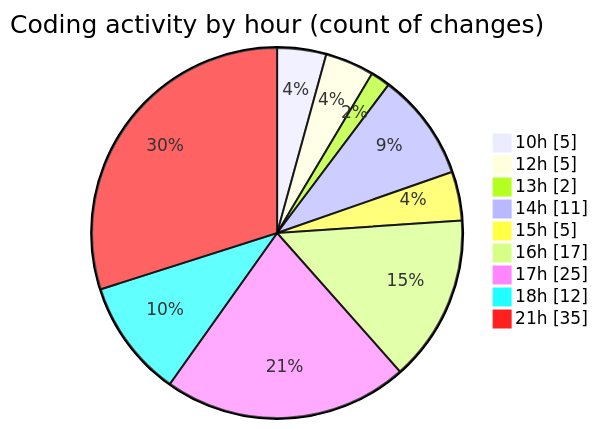
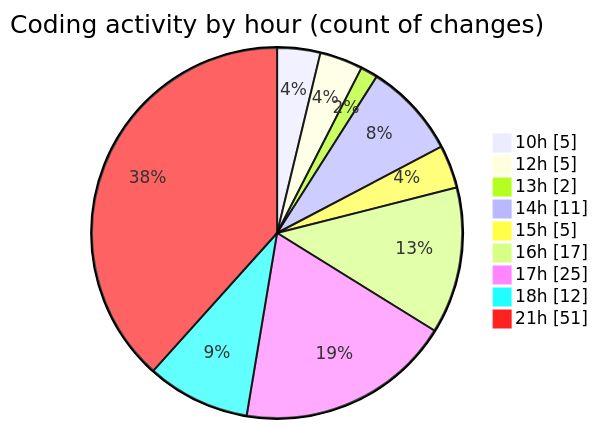
The second of 2 diagrams in 2025-07-07/urlwebwala_intership_work/README.md (Ritupan-Deka/code-tracking), drawn with Mermaid before and after one commit. The commit also changed other lines of this file and 1 other file, not shown here.

````diff
--- a/2025-07-07/urlwebwala_intership_work/README.md
+++ b/2025-07-07/urlwebwala_intership_work/README.md
@@ -33,13 +34,13 @@
 ```mermaid
 pie showData
 title Coding activity by hour (count of changes)
 "10h" : 5
 "12h" : 5
 "13h" : 2
 "14h" : 11
 "15h" : 5
 "16h" : 17
 "17h" : 25
 "18h" : 12
-"21h" : 35
+"21h" : 51
 ```
````
